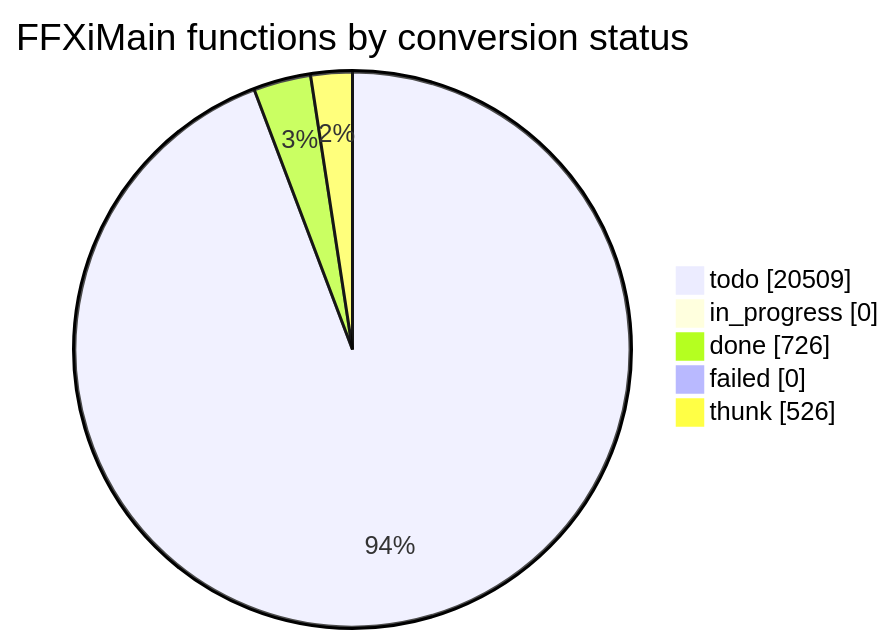
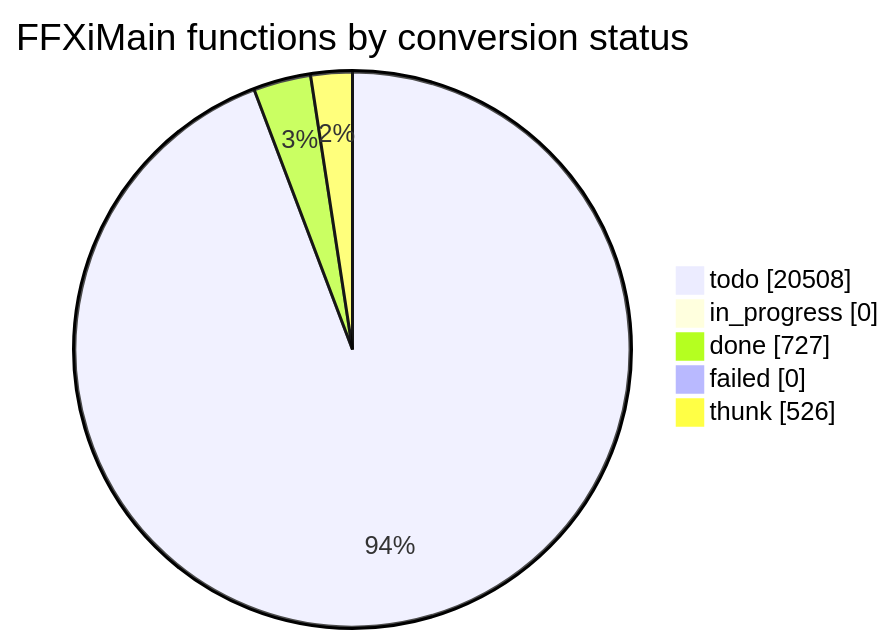
The diagram in docs/cow/STATUS.md (cowrevenge/cow_kuluu_xi_anything), drawn with Mermaid before and after one commit. The commit also changed other lines of this file and 9 other files, not shown here.

````diff
--- a/docs/cow/STATUS.md
+++ b/docs/cow/STATUS.md
@@ -18,9 +18,9 @@
 ```mermaid
 pie showData
     title FFXiMain functions by conversion status
-    "todo" : 20509
+    "todo" : 20508
     "in_progress" : 0
-    "done" : 726
+    "done" : 727
     "failed" : 0
     "thunk" : 526
 ```
````
